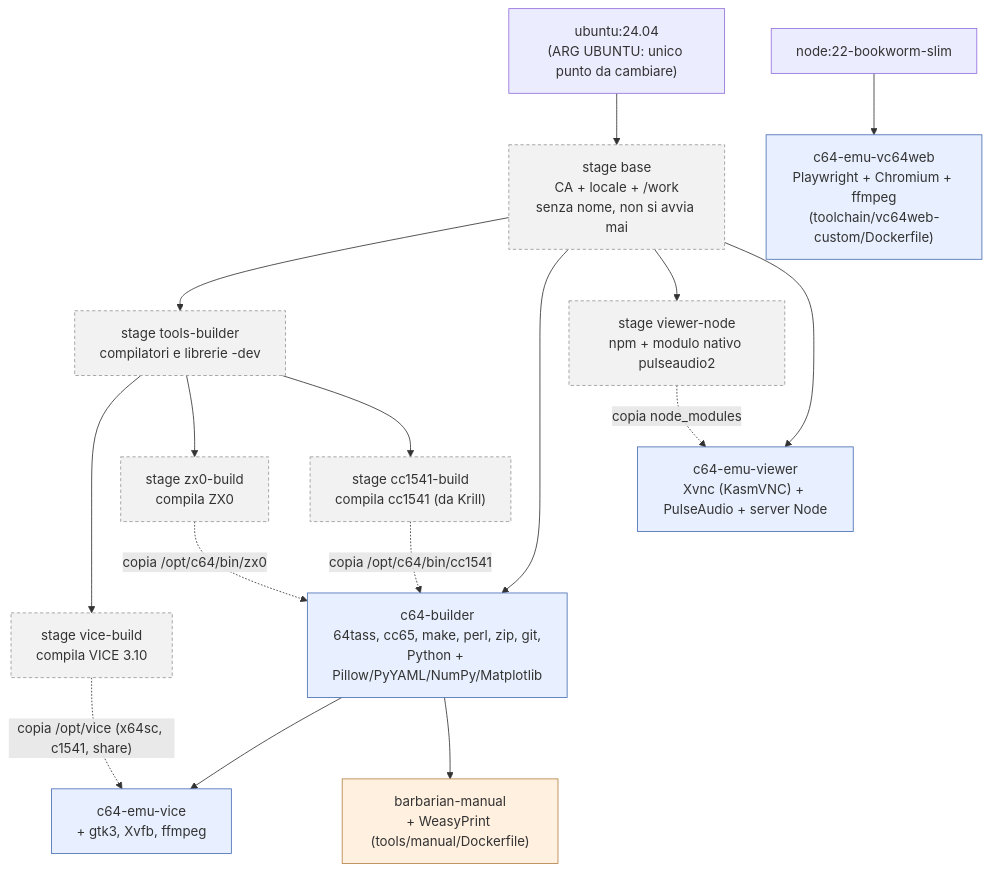
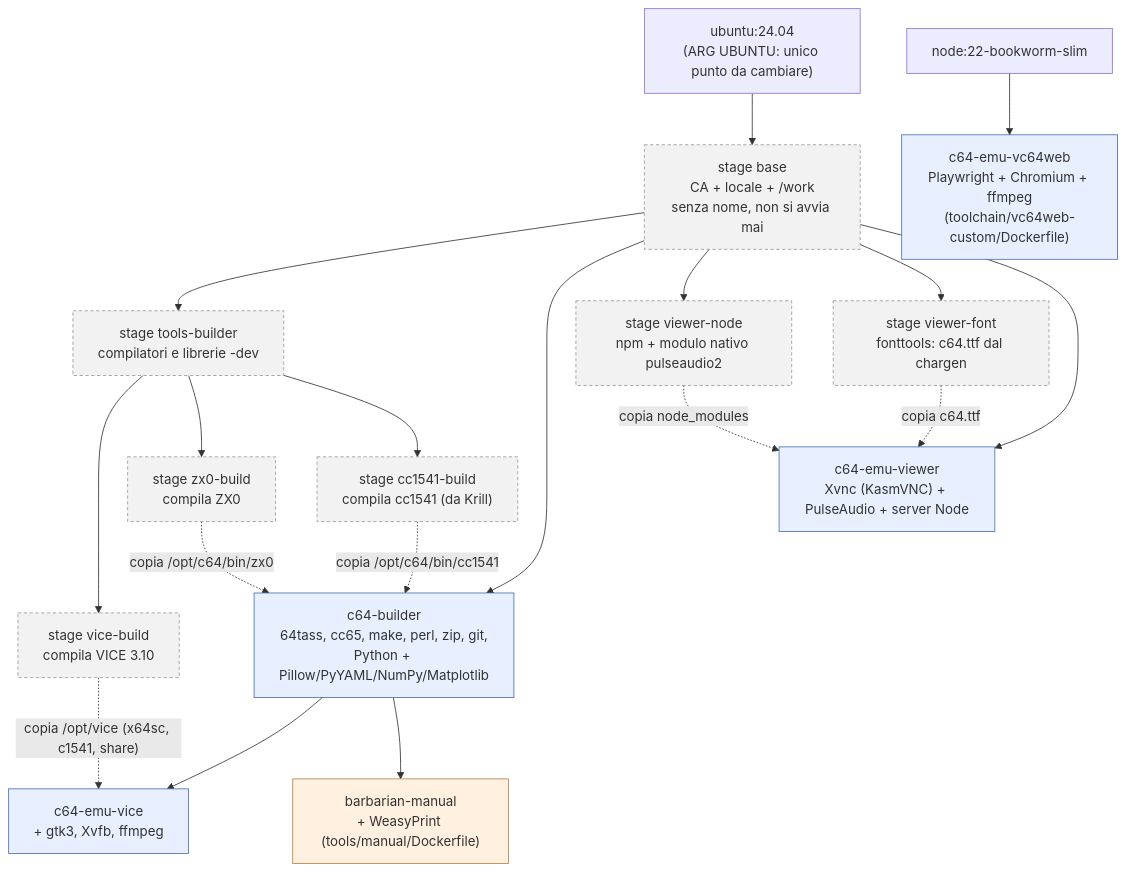
One commit to caporalesimone/barbarian-the-blood-path changed the first of 3 diagrams in docs/docker-architecture.md. Above: the diagram before and after it, drawn with Mermaid. The commit also changed other lines of this file and 19 other files, not shown here.

````diff
--- a/docs/docker-architecture.md
+++ b/docs/docker-architecture.md
@@ -23,31 +23,33 @@
 ```mermaid
 flowchart TD
     UB["ubuntu:24.04<br/>(ARG UBUNTU: unico punto da cambiare)"] --> BASE["stage base<br/>CA + locale + /work<br/>senza nome, non si avvia mai"]
 
     BASE --> TB["stage tools-builder<br/>compilatori e librerie -dev"]
     TB --> VB["stage vice-build<br/>compila VICE 3.10"]
     TB --> ZB["stage zx0-build<br/>compila ZX0"]
     TB --> CB["stage cc1541-build<br/>compila cc1541 (da Krill)"]
 
     BASE --> BLD["c64-builder<br/>64tass, cc65, make, perl, zip, git,<br/>Python + Pillow/PyYAML/NumPy/Matplotlib"]
     ZB -. "copia /opt/c64/bin/zx0" .-> BLD
     CB -. "copia /opt/c64/bin/cc1541" .-> BLD
 
     BLD --> EVICE["c64-emu-vice<br/>+ gtk3, Xvfb, ffmpeg"]
     VB -. "copia /opt/vice (x64sc, c1541, share)" .-> EVICE
 
     BASE --> VN["stage viewer-node<br/>npm + modulo nativo pulseaudio2"]
+    BASE --> VF["stage viewer-font<br/>fonttools: c64.ttf dal chargen"]
     BASE --> VW["c64-emu-viewer<br/>Xvnc (KasmVNC) + PulseAudio + server Node"]
     VN -. "copia node_modules" .-> VW
+    VF -. "copia c64.ttf" .-> VW
 
     BLD --> MAN["barbarian-manual<br/>+ WeasyPrint (tools/manual/Dockerfile)"]
 
     NODE["node:22-bookworm-slim"] --> VC["c64-emu-vc64web<br/>Playwright + Chromium + ffmpeg<br/>(toolchain/vc64web-custom/Dockerfile)"]
 
     classDef gen fill:#e8f0ff,stroke:#4a6fb5;
     classDef game fill:#fff0e0,stroke:#b5834a;
     classDef stage fill:#f2f2f2,stroke:#999,stroke-dasharray:4 3;
     class BLD,EVICE,VW,VC gen;
     class MAN game;
-    class BASE,TB,VB,ZB,CB,VN stage;
+    class BASE,TB,VB,ZB,CB,VN,VF stage;
 ```
````
